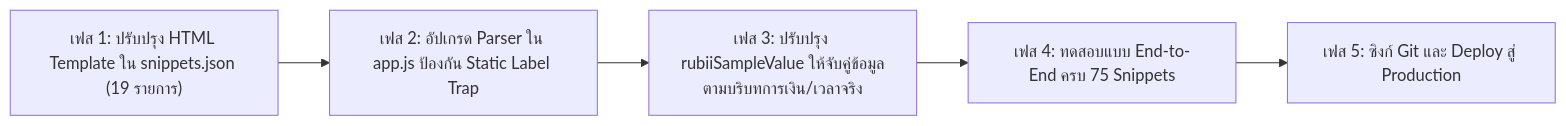
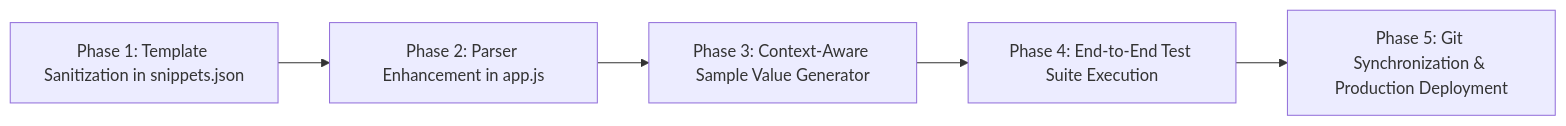
Before and after one commit to jadesolju/Snippet-Studio: the fourth of 5 diagrams in RUBII_BACKGROUND_AND_BARS_ANALYSIS.md, drawn with Mermaid. The commit also changed other lines of this file and 2 other files, not shown here.

Commit message:
docs: standardize all Mermaid diagrams to English with Thai workflow blockquotes and zero emojis

````diff
--- a/RUBII_BACKGROUND_AND_BARS_ANALYSIS.md
+++ b/RUBII_BACKGROUND_AND_BARS_ANALYSIS.md
@@ -230,7 +243,7 @@
 ```mermaid
-graph LR
-    A["เฟส 1: ปรับปรุง HTML Template ใน snippets.json (19 รายการ)"] --> B["เฟส 2: อัปเกรด Parser ใน app.js ป้องกัน Static Label Trap"]
-    B --> C["เฟส 3: ปรับปรุง rubiiSampleValue ให้จับคู่ข้อมูลตามบริบทการเงิน/เวลาจริง"]
-    C --> D["เฟส 4: ทดสอบแบบ End-to-End ครบ 75 Snippets"]
-    D --> E["เฟส 5: ซิงก์ Git และ Deploy สู่ Production"]
+flowchart LR
+    A["Phase 1: Template Sanitization in snippets.json"] --> B["Phase 2: Parser Enhancement in app.js"]
+    B --> C["Phase 3: Context-Aware Sample Value Generator"]
+    C --> D["Phase 4: End-to-End Test Suite Execution"]
+    D --> E["Phase 5: Git Synchronization & Production Deployment"]
 ```
````
